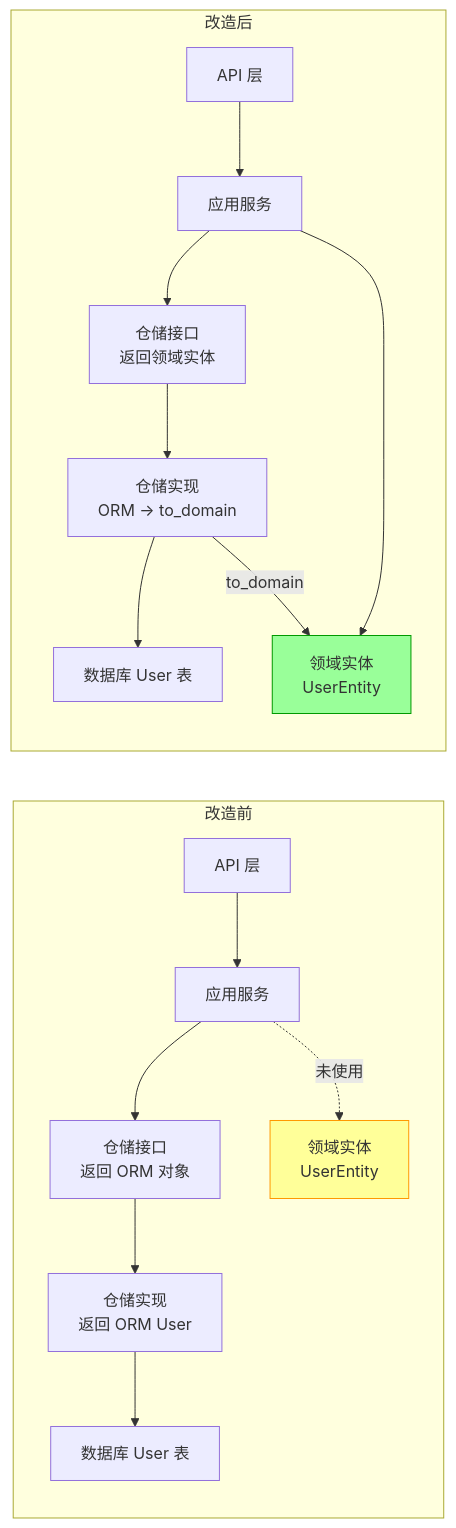
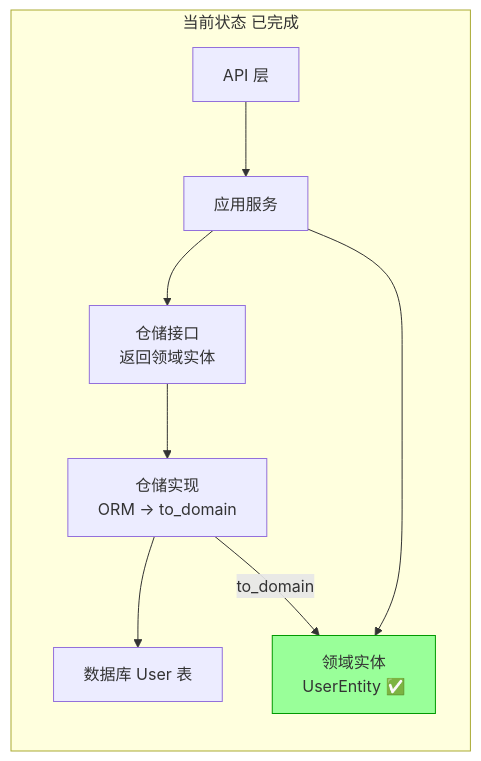
One commit to taoweidong/Hello-FastApi changed the fourth of 8 diagrams in service/docs/design/大型项目演进路线图.md. Above: the diagram before and after it, drawn with Mermaid. The commit also changed other lines of this file and 22 other files, not shown here.

````diff
--- a/service/docs/design/大型项目演进路线图.md
+++ b/service/docs/design/大型项目演进路线图.md
@@ -139,24 +143,14 @@
 ```mermaid
 flowchart LR
-    subgraph 改造前
-        direction TB
-        A1[API 层] --> B1[应用服务]
-        B1 --> C1[仓储接口<br/>返回 ORM 对象]
-        C1 --> D1[仓储实现<br/>返回 ORM User]
-        D1 --> E1[数据库 User 表]
-        B1 -.->|未使用| F1[领域实体<br/>UserEntity]
-    end
-
-    subgraph 改造后
+    subgraph 当前状态 已完成
         direction TB
         A2[API 层] --> B2[应用服务]
         B2 --> C2[仓储接口<br/>返回领域实体]
         C2 --> D2[仓储实现<br/>ORM → to_domain]
         D2 --> E2[数据库 User 表]
-        D2 -->|to_domain| F2[领域实体<br/>UserEntity]
+        D2 -->|to_domain| F2[领域实体<br/>UserEntity ✅]
         B2 --> F2
     end
 
-    style F1 fill:#ff9,stroke:#f90
     style F2 fill:#9f9,stroke:#090
 ```
````
